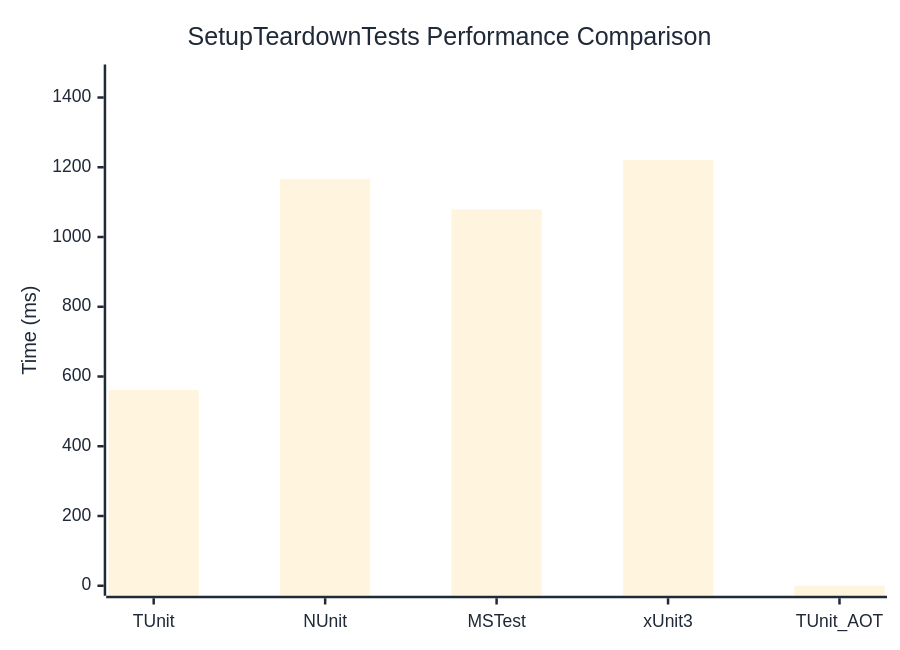
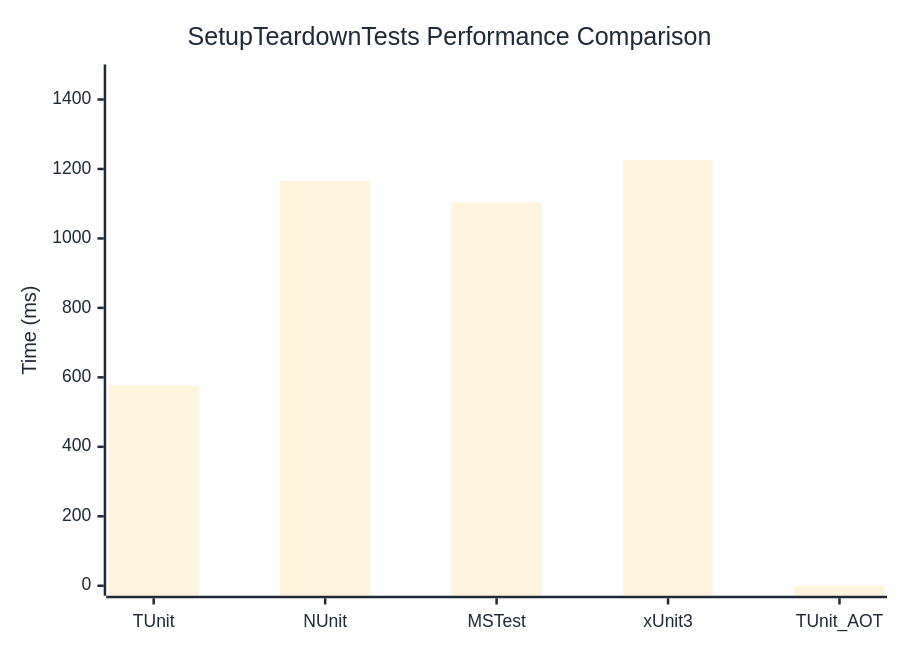
One commit to thomhurst/TUnit changed the diagram in docs/docs/benchmarks/SetupTeardownTests.md. Above: the diagram before and after it, drawn with Mermaid. The commit also changed other lines of this file and 17 other files, not shown here.

````diff
--- a/docs/docs/benchmarks/SetupTeardownTests.md
+++ b/docs/docs/benchmarks/SetupTeardownTests.md
@@ -27,37 +27,37 @@
 ```mermaid
 %%{init: {
   'theme':'base',
   'themeVariables': {
     'primaryColor': '#2563eb',
     'primaryTextColor': '#1f2937',
     'primaryBorderColor': '#1e40af',
     'lineColor': '#6b7280',
     'secondaryColor': '#7c3aed',
     'tertiaryColor': '#dc2626',
     'background': '#ffffff',
     'mainBkg': '#2563eb',
     'secondBkg': '#7c3aed',
     'tertiaryBkg': '#dc2626',
     'clusterBkg': '#f3f4f6',
     'edgeLabelBackground': '#ffffff',
     'tertiaryTextColor': '#1f2937',
     'pie1': '#2563eb',
     'pie2': '#7c3aed',
     'pie3': '#dc2626',
     'pie4': '#f59e0b',
     'pie5': '#10b981',
     'pie6': '#06b6d4',
     'pie7': '#ec4899',
     'pie8': '#6366f1',
     'pie9': '#84cc16',
     'pie10': '#f97316',
     'pie11': '#14b8a6',
     'pie12': '#a855f7'
   }
 }}%%
 xychart-beta
   title "SetupTeardownTests Performance Comparison"
   x-axis ["TUnit", "NUnit", "MSTest", "xUnit3", "TUnit_AOT"]
-  y-axis "Time (ms)" 0 --> 1466
-  bar [561.3, 1166.7, 1079, 1221.1, 0]
+  y-axis "Time (ms)" 0 --> 1472
+  bar [576.7, 1166, 1103.9, 1226.1, 0]
 ```
````
